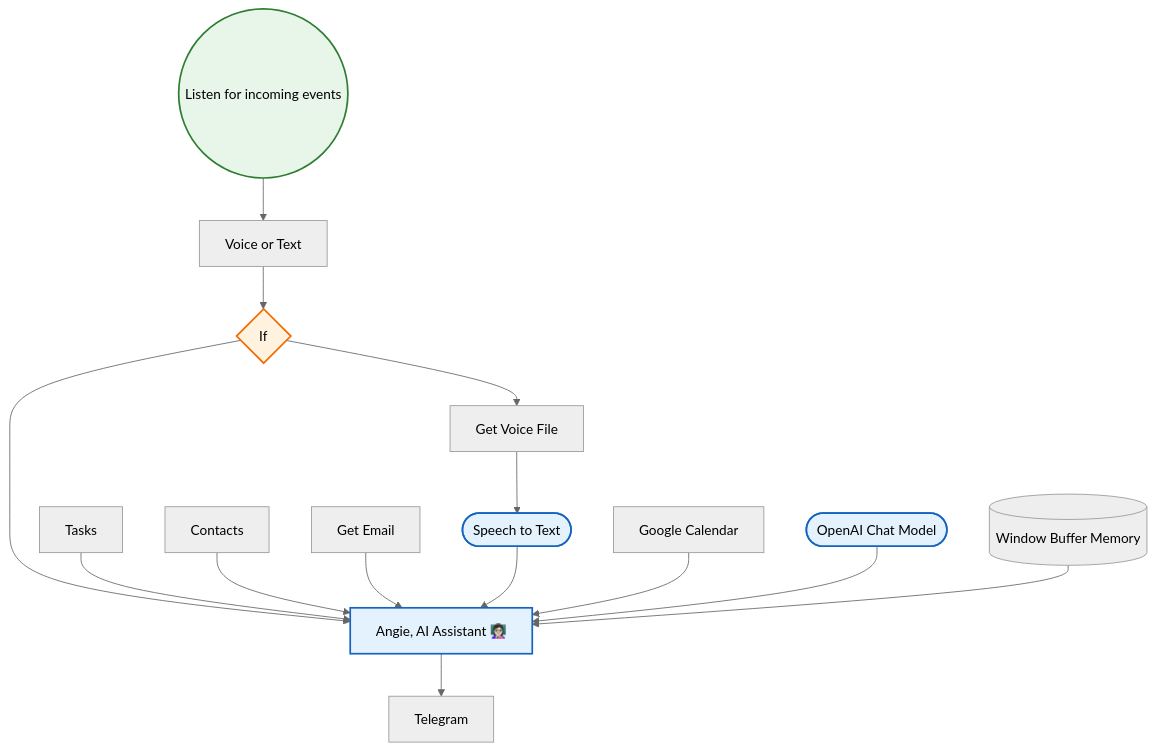
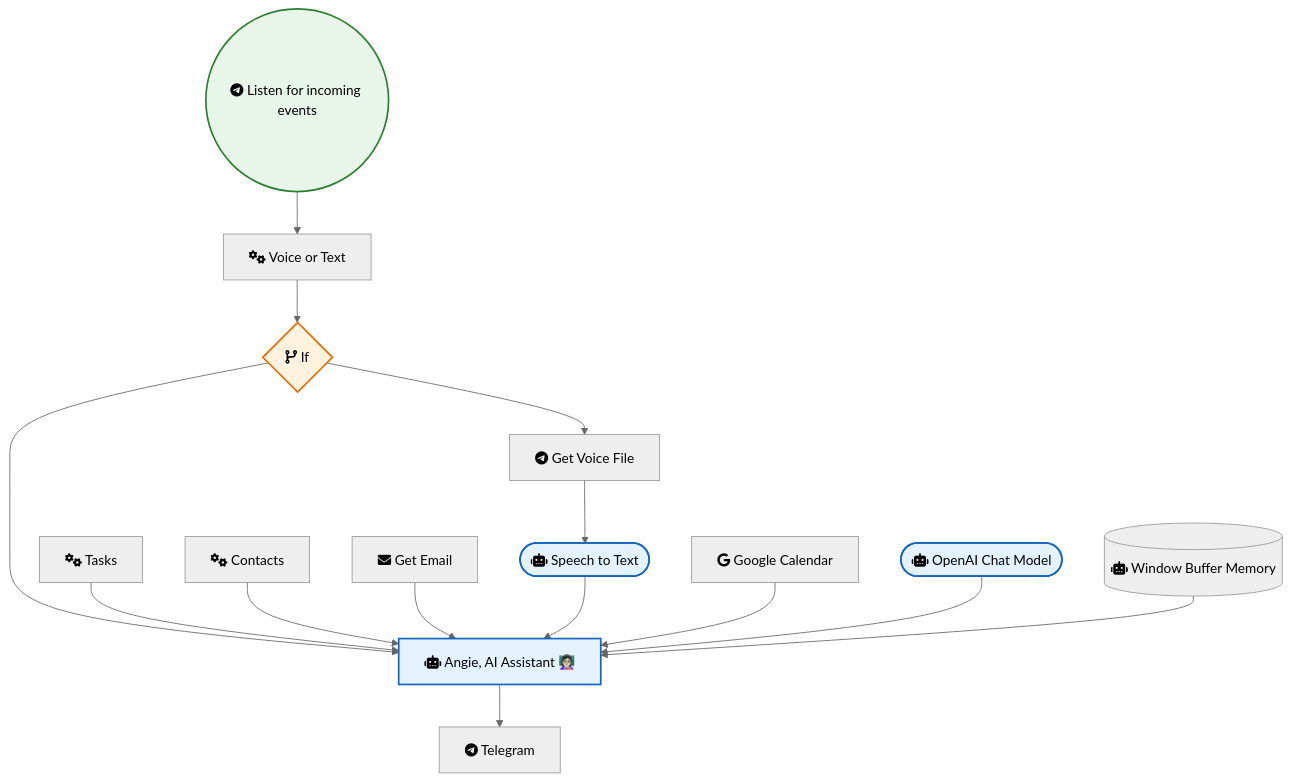
The diagram in Telegram/Angie Personal Ai Assistant with Telegram Voice and Text.md (sreyash3105/N8N-DEMO-AUTOMATIONS), drawn with Mermaid (neutral theme) before and after one commit. The commit also changed 291 other files, not shown here.

````diff
--- a/Telegram/Angie Personal Ai Assistant with Telegram Voice and Text.md
+++ b/Telegram/Angie Personal Ai Assistant with Telegram Voice and Text.md
@@ -1,34 +1,34 @@
 ```mermaid
 graph TD
     classDef trigger fill:#e8f5e9,stroke:#2e7d32,stroke-width:2px;
     classDef ai fill:#e3f2fd,stroke:#1565c0,stroke-width:2px;
     classDef logic fill:#fff3e0,stroke:#ef6c00,stroke-width:2px;
 
-    Google_Calendar["Google Calendar"]
-    Window_Buffer_Memory[("Window Buffer Memory")]
-    Get_Email["Get Email"]
-    OpenAI_Chat_Model(["OpenAI Chat Model"]):::ai
-    Listen_for_incoming_events(("Listen for incoming events")):::trigger
-    Telegram["Telegram"]
-    If{"If"}:::logic
-    Speech_to_Text(["Speech to Text"]):::ai
-    Voice_or_Text["Voice or Text"]
-    Get_Voice_File["Get Voice File"]
-    Angie__AI_Assistant_____["Angie, AI Assistant 👩🏻‍🏫"]:::ai
-    Tasks["Tasks"]
-    Contacts["Contacts"]
+    Google_Calendar["fab:fa-google Google Calendar"]
+    Window_Buffer_Memory[("fas:fa-robot Window Buffer Memory")]
+    Get_Email["fas:fa-envelope Get Email"]
+    OpenAI_Chat_Model(["fas:fa-robot OpenAI Chat Model"]):::ai
+    Listen_for_incoming_events(("fab:fa-telegram Listen for incoming events")):::trigger
+    Telegram["fab:fa-telegram Telegram"]
+    If{"fas:fa-code-branch If"}:::logic
+    Speech_to_Text(["fas:fa-robot Speech to Text"]):::ai
+    Voice_or_Text["fas:fa-cogs Voice or Text"]
+    Get_Voice_File["fab:fa-telegram Get Voice File"]
+    Angie__AI_Assistant_____["fas:fa-robot Angie, AI Assistant 👩🏻‍🏫"]:::ai
+    Tasks["fas:fa-cogs Tasks"]
+    Contacts["fas:fa-cogs Contacts"]
 
     If --> Get_Voice_File
     If --> Angie__AI_Assistant_____
     Tasks --> Angie__AI_Assistant_____
     Contacts --> Angie__AI_Assistant_____
     Get_Email --> Angie__AI_Assistant_____
     Voice_or_Text --> If
     Get_Voice_File --> Speech_to_Text
     Speech_to_Text --> Angie__AI_Assistant_____
     Google_Calendar --> Angie__AI_Assistant_____
     OpenAI_Chat_Model --> Angie__AI_Assistant_____
     Window_Buffer_Memory --> Angie__AI_Assistant_____
     Listen_for_incoming_events --> Voice_or_Text
     Angie__AI_Assistant_____ --> Telegram
 ```
````
